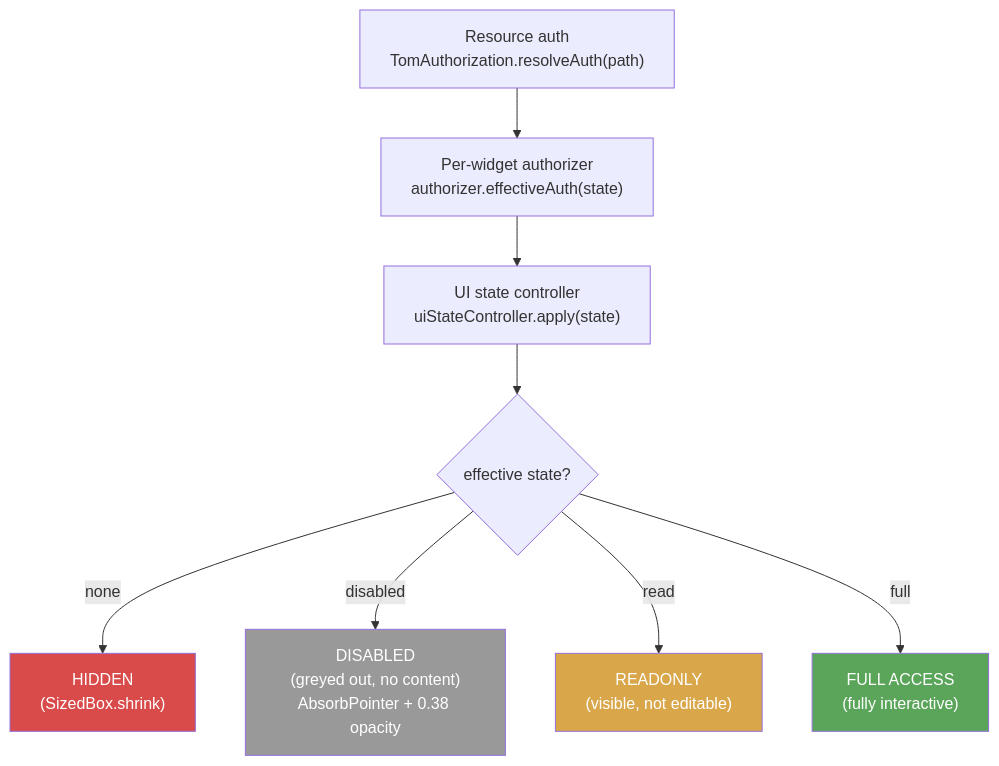
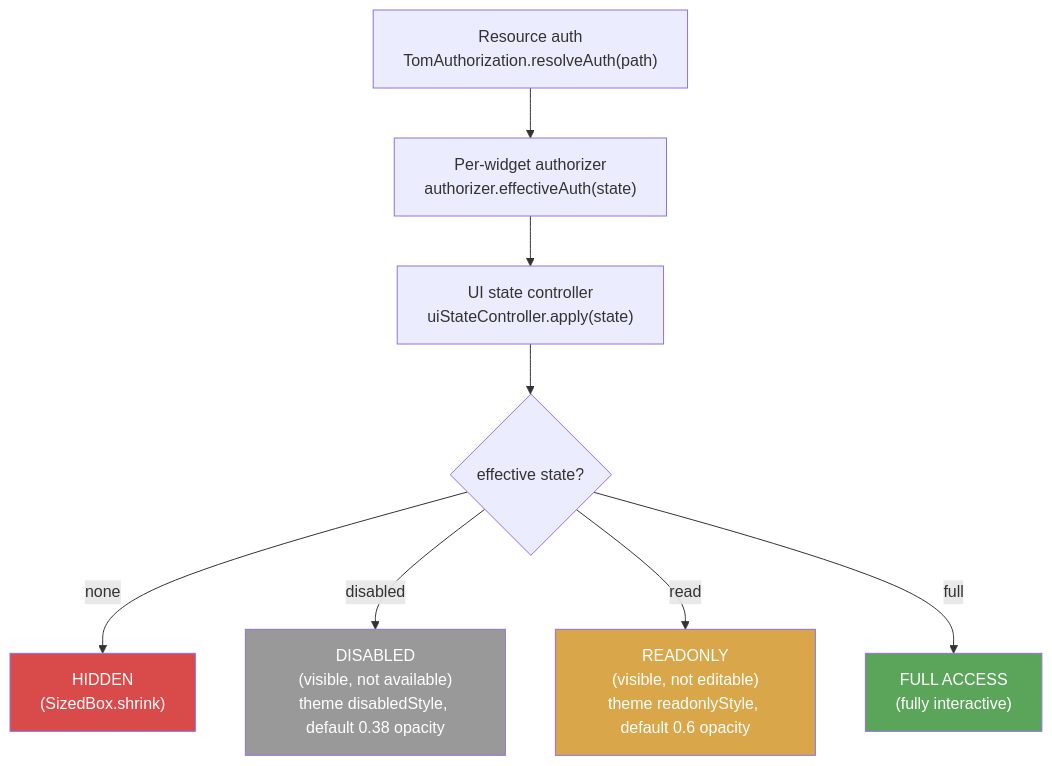
One commit to al-the-bear/tom_core changed the third of 9 diagrams in tom_flutter_ui/doc/tom_ui_design_architecture.md. Above: the diagram before and after it, drawn with Mermaid. The commit also changed other lines of this file and 17 other files, not shown here.

````diff
--- a/tom_flutter_ui/doc/tom_ui_design_architecture.md
+++ b/tom_flutter_ui/doc/tom_ui_design_architecture.md
@@ -262,15 +262,15 @@
 ```mermaid
 flowchart TD
     A["Resource auth<br/>TomAuthorization.resolveAuth(path)"] --> B["Per-widget authorizer<br/>authorizer.effectiveAuth(state)"]
     B --> C["UI state controller<br/>uiStateController.apply(state)"]
     C --> D{effective state?}
     D -->|none| E["HIDDEN<br/>(SizedBox.shrink)"]
-    D -->|disabled| F["DISABLED<br/>(greyed out, no content)<br/>AbsorbPointer + 0.38 opacity"]
-    D -->|read| G["READONLY<br/>(visible, not editable)"]
+    D -->|disabled| F["DISABLED<br/>(visible, not available)<br/>theme disabledStyle, default 0.38 opacity"]
+    D -->|read| G["READONLY<br/>(visible, not editable)<br/>theme readonlyStyle, default 0.6 opacity"]
     D -->|full| H["FULL ACCESS<br/>(fully interactive)"]
 
     style E fill:#d94a4a,color:#fff
     style F fill:#999,color:#fff
     style G fill:#d9a64a,color:#fff
     style H fill:#5ba55b,color:#fff
 ```
````
